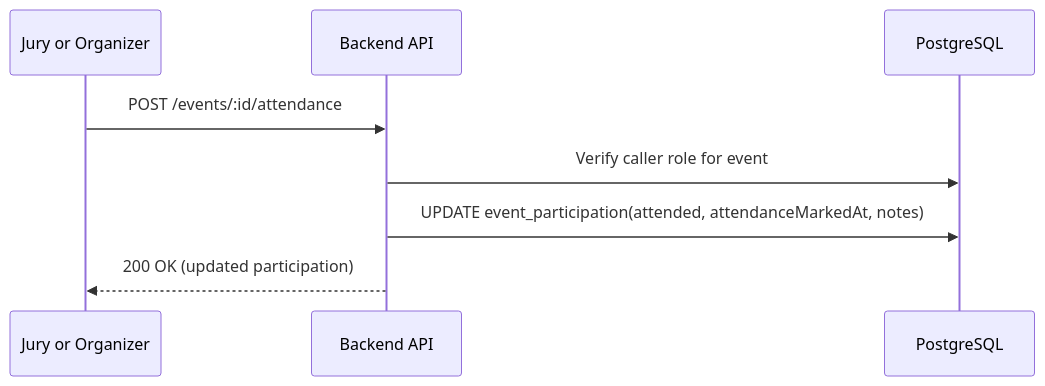
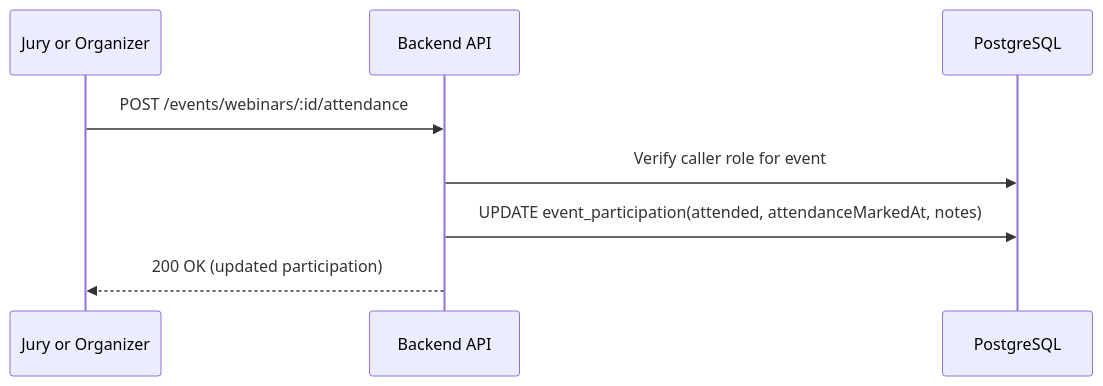
The sixth of 10 diagrams in architecture-homework/docs/api-design.md (KaterynaKocheharova/Multi-tenant-architecture), drawn with Mermaid before and after one commit. The commit also changed other lines of this file and 1 other file, not shown here.

Commit message:
polish api-design

````diff
--- a/architecture-homework/docs/api-design.md
+++ b/architecture-homework/docs/api-design.md
@@ -427,11 +404,11 @@
 ```mermaid
 sequenceDiagram
   participant Jury as Jury or Organizer
   participant API as Backend API
   participant DB as PostgreSQL
 
-  Jury->>API: POST /events/:id/attendance
+  Jury->>API: POST /events/webinars/:id/attendance
   API->>DB: Verify caller role for event
   API->>DB: UPDATE event_participation(attended, attendanceMarkedAt, notes)
   API-->>Jury: 200 OK (updated participation)
 ```
````
